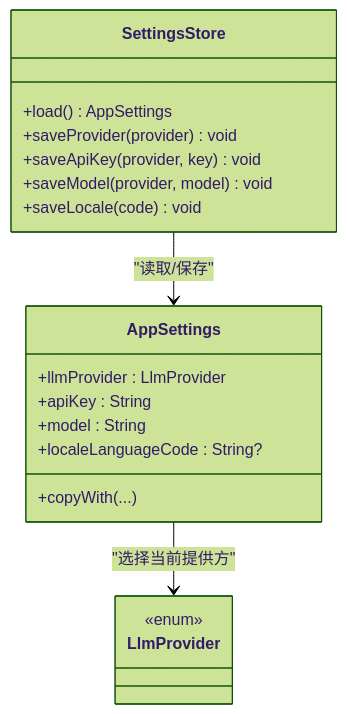
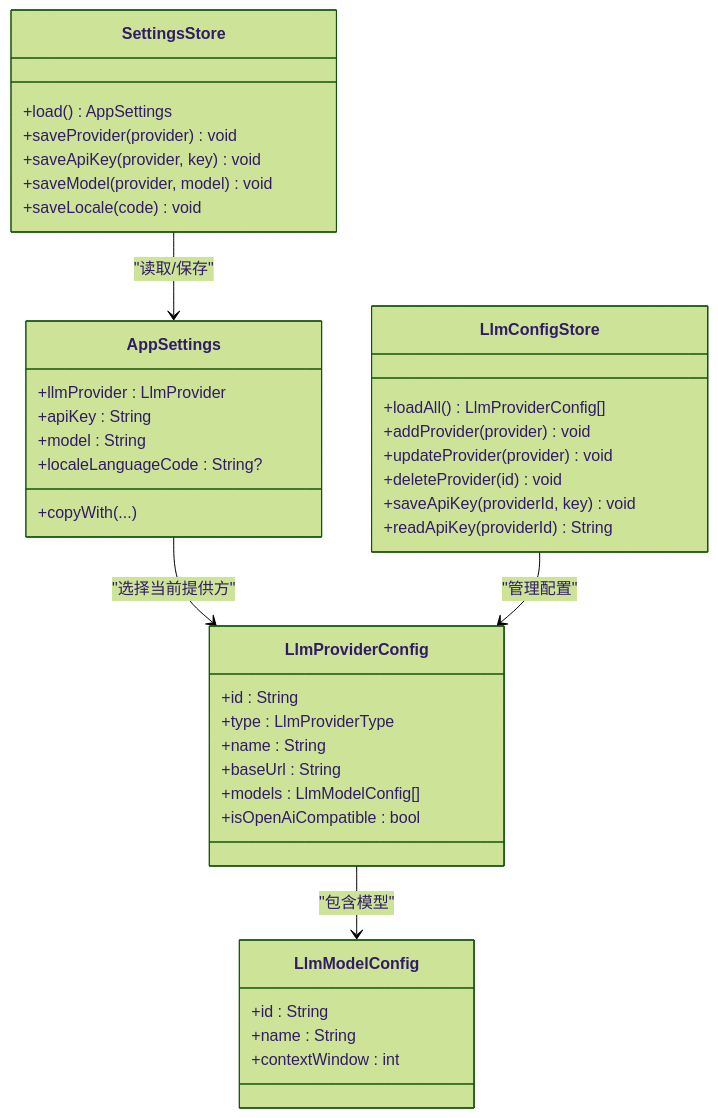
The sixth of 9 diagrams in .qoder/repowiki/zh/content/核心功能模块/核心功能模块.md (Ykworm/thktree), drawn with Mermaid (forest theme) before and after one commit. The commit also changed other lines of this file and 45 other files, not shown here.

````diff
--- a/.qoder/repowiki/zh/content/核心功能模块/核心功能模块.md
+++ b/.qoder/repowiki/zh/content/核心功能模块/核心功能模块.md
@@ -318,22 +372,42 @@
 ```mermaid
 classDiagram
 class SettingsStore {
 +load() AppSettings
 +saveProvider(provider) void
 +saveApiKey(provider, key) void
 +saveModel(provider, model) void
 +saveLocale(code) void
 }
 class AppSettings {
 +llmProvider : LlmProvider
 +apiKey : String
 +model : String
 +localeLanguageCode : String?
 +copyWith(...)
 }
-class LlmProvider {
-<<enum>>
+class LlmConfigStore {
++loadAll() LlmProviderConfig[]
++addProvider(provider) void
++updateProvider(provider) void
++deleteProvider(id) void
++saveApiKey(providerId, key) void
++readApiKey(providerId) String
+}
+class LlmProviderConfig {
++id : String
++type : LlmProviderType
++name : String
++baseUrl : String
++models : LlmModelConfig[]
++isOpenAiCompatible : bool
+}
+class LlmModelConfig {
++id : String
++name : String
++contextWindow : int
 }
 SettingsStore --> AppSettings : "读取/保存"
-AppSettings --> LlmProvider : "选择当前提供方"
+AppSettings --> LlmProviderConfig : "选择当前提供方"
+LlmConfigStore --> LlmProviderConfig : "管理配置"
+LlmProviderConfig --> LlmModelConfig : "包含模型"
 ```
````
